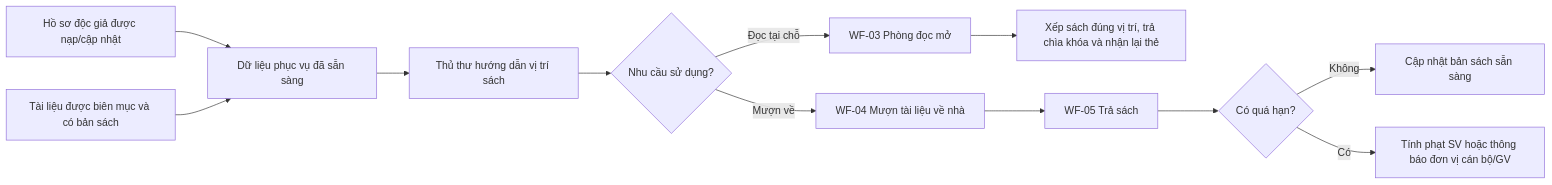
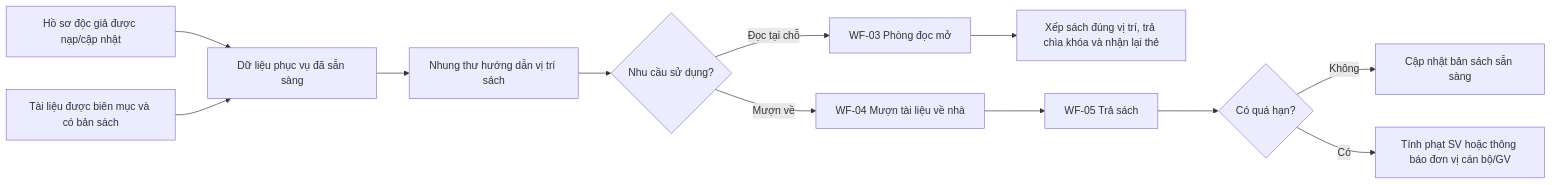
Before and after one commit to Jin01524/LTMMT-ThuVienDAU: the first of 9 diagrams in tai_lieu/Workflow.md, drawn with Mermaid. The commit also changed other lines of this file and 323 other files, not shown here.

````diff
--- a/tai_lieu/Workflow.md
+++ b/tai_lieu/Workflow.md
@@ -43,14 +43,14 @@
 ```mermaid
 flowchart LR
     profiles["Hồ sơ độc giả được nạp/cập nhật"] --> ready["Dữ liệu phục vụ đã sẵn sàng"]
     catalog["Tài liệu được biên mục và có bản sách"] --> ready
-    ready --> search["Thủ thư hướng dẫn vị trí sách"]
+    ready --> search["Nhung thư hướng dẫn vị trí sách"]
     search --> choice{"Nhu cầu sử dụng?"}
     choice -->|"Đọc tại chỗ"| reading["WF-03 Phòng đọc mở"]
     reading --> reshelve["Xếp sách đúng vị trí, trả chìa khóa và nhận lại thẻ"]
     choice -->|"Mượn về"| loan["WF-04 Mượn tài liệu về nhà"]
     loan --> returnBook["WF-05 Trả sách"]
     returnBook --> overdue{"Có quá hạn?"}
     overdue -->|"Không"| available["Cập nhật bản sách sẵn sàng"]
     overdue -->|"Có"| policy["Tính phạt SV hoặc thông báo đơn vị cán bộ/GV"]
 ```
````
